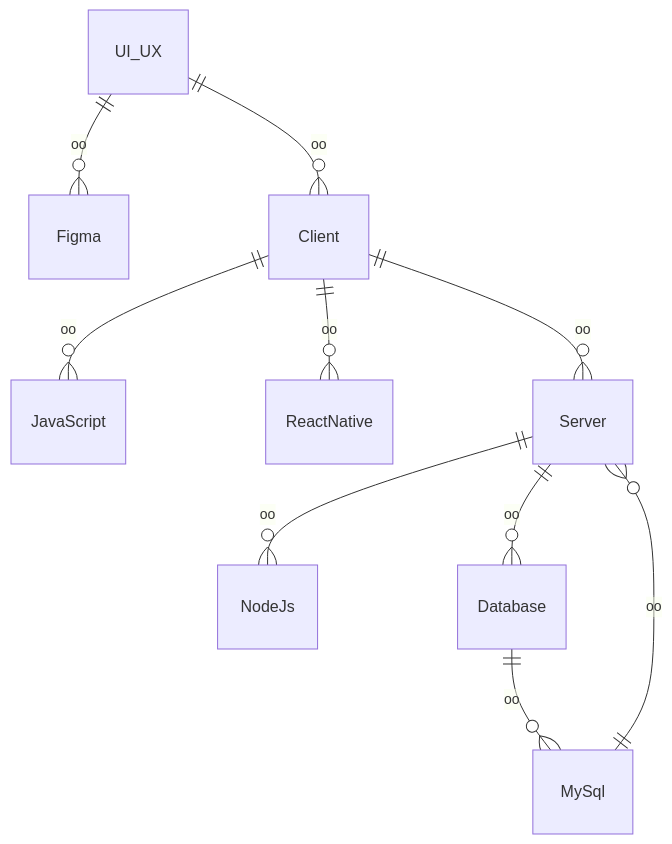
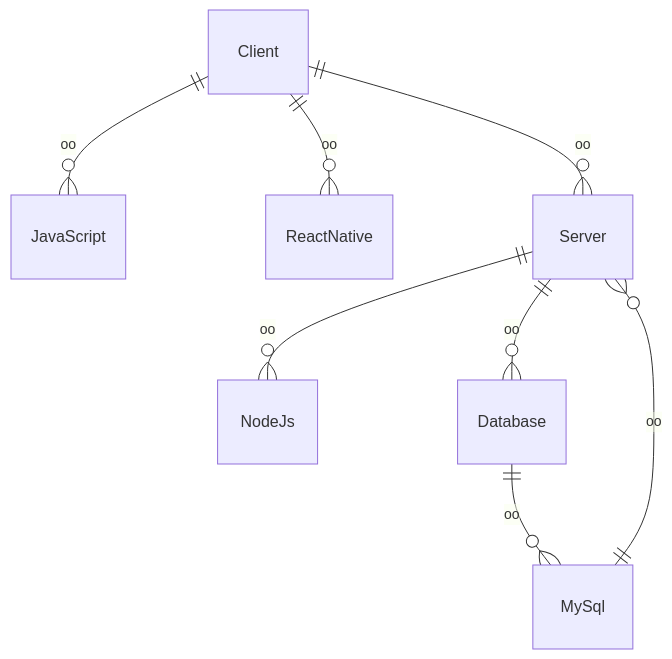
One commit to fahrizap/Kodein changed the second of 2 diagrams in job interview.MD. Above: the diagram before and after it, drawn with Mermaid.

Commit message:
Update job interview.MD

````diff
--- a/job interview.MD
+++ b/job interview.MD
@@ -77,12 +77,11 @@
 ```mermaid
 erDiagram
-  UI_UX||--o{Figma : oo
-  UI_UX||--o{Client : oo
+
   Client||--o{JavaScript :oo
   Client||--o{ReactNative : oo
   Client||--o{Server : oo
   Server||--o{NodeJs : oo
   Server||--o{Database : oo
   Database||--o{MySql : oo
   MySql||--o{Server :oo
 ```
````
